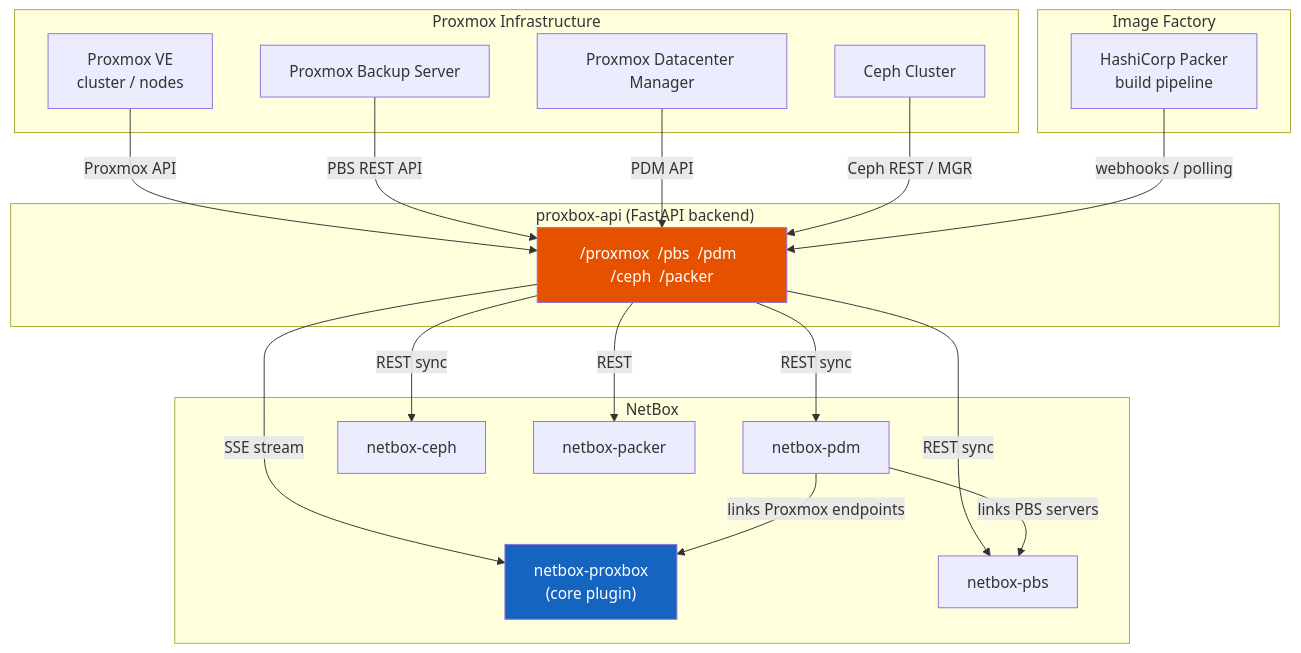
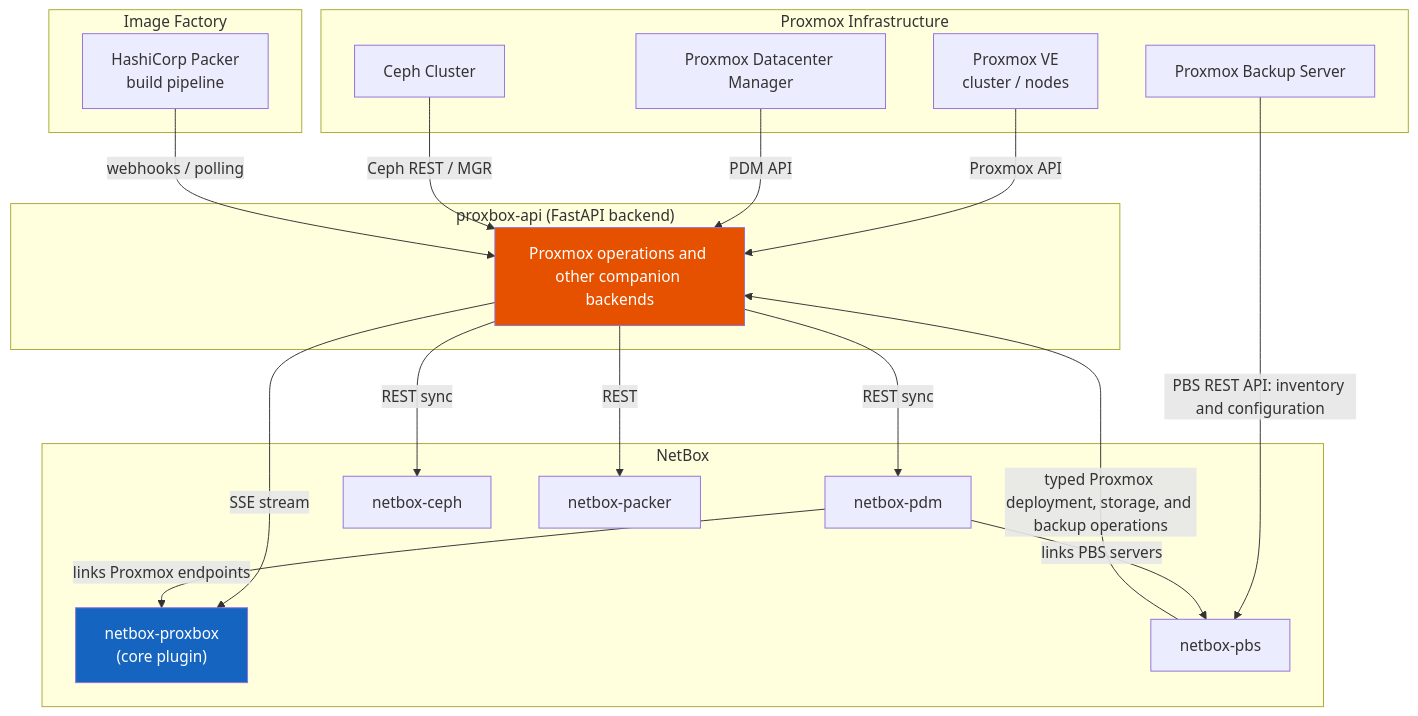
One commit to emersonfelipesp/netbox-proxbox changed the first of 3 diagrams in docs/companion-plugins/index.md. Above: the diagram before and after it, drawn with Mermaid. The commit also changed other lines of this file and 5 other files, not shown here.

First line of the commit message:
Publish accurate PBS companion documentation

````diff
--- a/docs/companion-plugins/index.md
+++ b/docs/companion-plugins/index.md
@@ -24,43 +24,43 @@
 ```mermaid
 graph TB
     subgraph proxmox["Proxmox Infrastructure"]
         PVE["Proxmox VE\ncluster / nodes"]
         PBS["Proxmox Backup Server"]
         PDM["Proxmox Datacenter Manager"]
         CEPH["Ceph Cluster"]
     end
 
     subgraph packer_infra["Image Factory"]
         PACKER_SRC["HashiCorp Packer\nbuild pipeline"]
     end
 
     subgraph backend["proxbox-api (FastAPI backend)"]
-        PROXBOX_API["/proxmox  /pbs  /pdm  /ceph  /packer"]
+        PROXBOX_API["Proxmox operations and other companion backends"]
     end
 
     subgraph netbox["NetBox"]
         NB_PROXBOX["netbox-proxbox\n(core plugin)"]
         NB_PBS["netbox-pbs"]
         NB_PDM["netbox-pdm"]
         NB_CEPH["netbox-ceph"]
         NB_PACKER["netbox-packer"]
     end
 
     PVE -- "Proxmox API" --> PROXBOX_API
-    PBS -- "PBS REST API" --> PROXBOX_API
+    PBS -- "PBS REST API: inventory and configuration" --> NB_PBS
     PDM -- "PDM API" --> PROXBOX_API
     CEPH -- "Ceph REST / MGR" --> PROXBOX_API
     PACKER_SRC -- "webhooks / polling" --> PROXBOX_API
 
     PROXBOX_API -- "SSE stream" --> NB_PROXBOX
-    PROXBOX_API -- "REST sync" --> NB_PBS
+    NB_PBS -- "typed Proxmox deployment, storage, and backup operations" --> PROXBOX_API
     PROXBOX_API -- "REST sync" --> NB_PDM
     PROXBOX_API -- "REST sync" --> NB_CEPH
     PROXBOX_API -- "REST" --> NB_PACKER
 
     NB_PDM -- "links Proxmox endpoints" --> NB_PROXBOX
     NB_PDM -- "links PBS servers" --> NB_PBS
 
     style NB_PROXBOX fill:#1565c0,color:#fff
     style PROXBOX_API fill:#e65100,color:#fff
 ```
````
